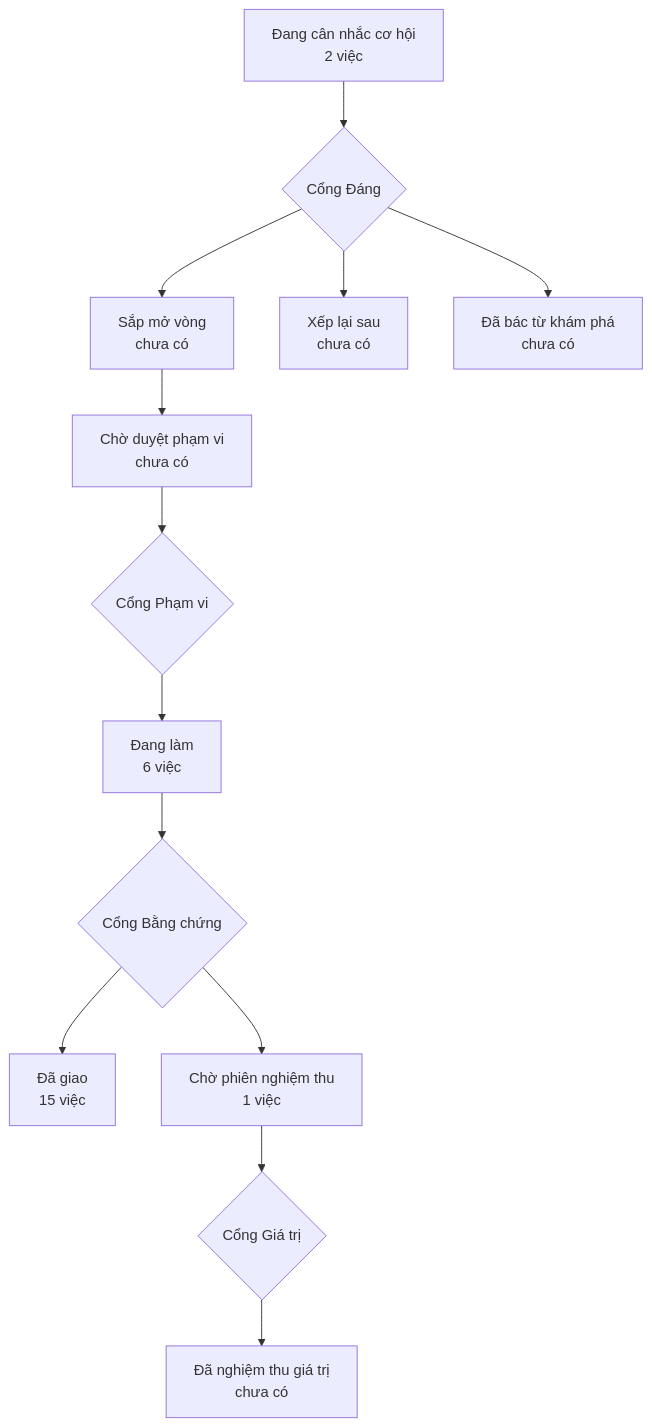
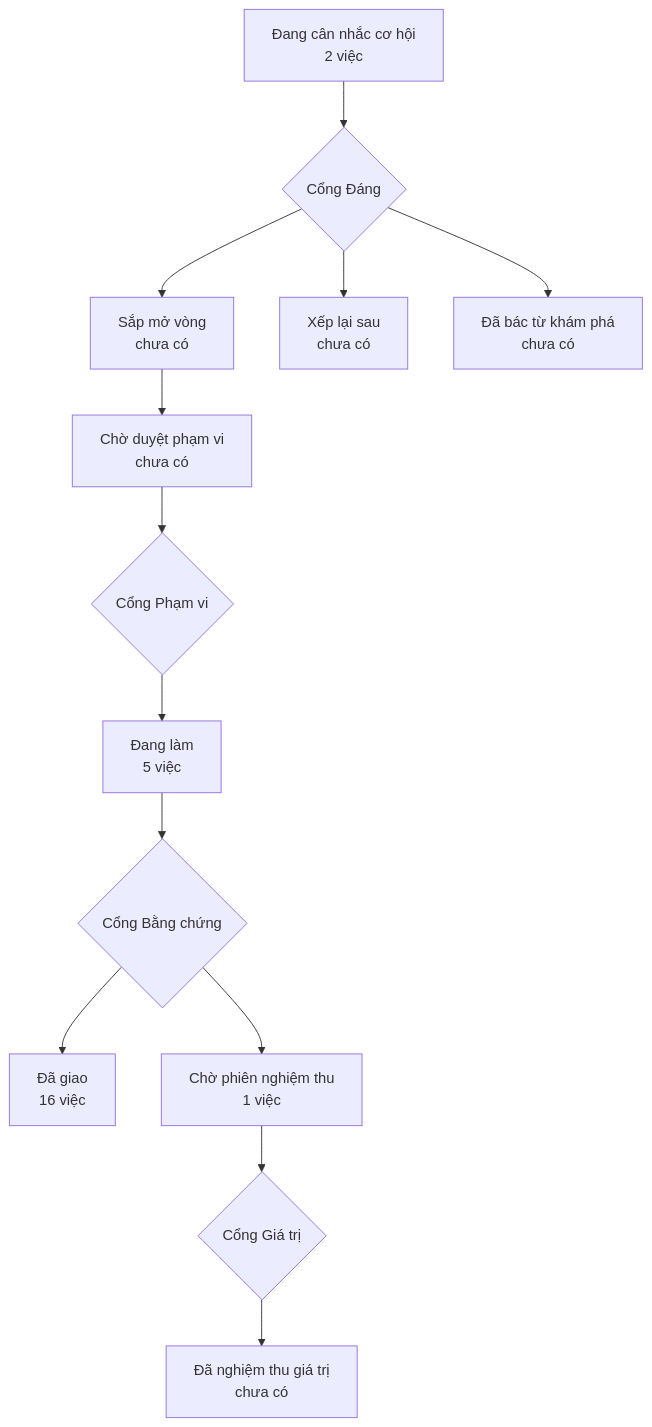
The diagram in PRODUCT-MAP.md (phanlemanh/crm-onehub), drawn with Mermaid before and after one commit. The commit also changed 3 other files, not shown here.

````diff
--- a/PRODUCT-MAP.md
+++ b/PRODUCT-MAP.md
@@ -6,12 +6,12 @@
 ```mermaid
 flowchart TD
   A["Đang cân nhắc cơ hội<br/>2 việc"] --> GD{"Cổng Đáng"}
   GD --> B["Sắp mở vòng<br/>chưa có"]
   GD --> XL["Xếp lại sau<br/>chưa có"]
   GD --> DB["Đã bác từ khám phá<br/>chưa có"]
   B --> CD["Chờ duyệt phạm vi<br/>chưa có"] --> GP{"Cổng Phạm vi"}
-  GP --> DL["Đang làm<br/>6 việc"] --> GB{"Cổng Bằng chứng"}
-  GB --> DG["Đã giao<br/>15 việc"]
+  GP --> DL["Đang làm<br/>5 việc"] --> GB{"Cổng Bằng chứng"}
+  GB --> DG["Đã giao<br/>16 việc"]
   GB --> CN["Chờ phiên nghiệm thu<br/>1 việc"] --> GG{"Cổng Giá trị"}
   GG --> NT["Đã nghiệm thu giá trị<br/>chưa có"]
 ```
````
